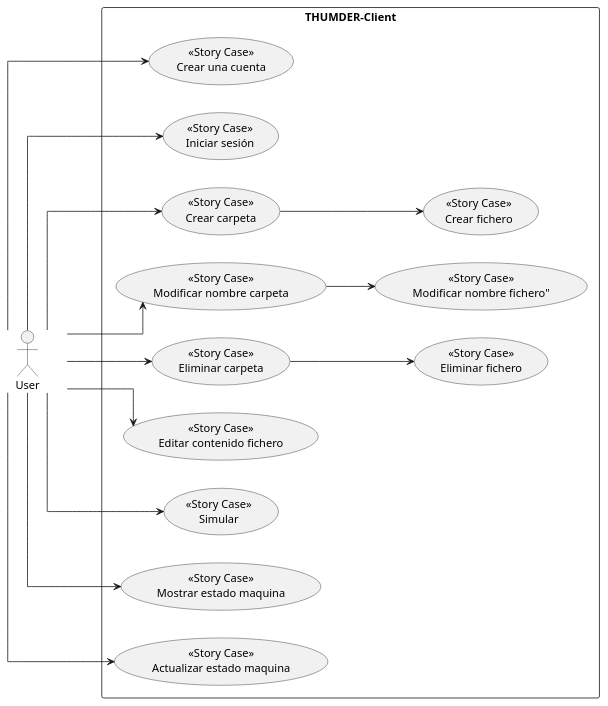
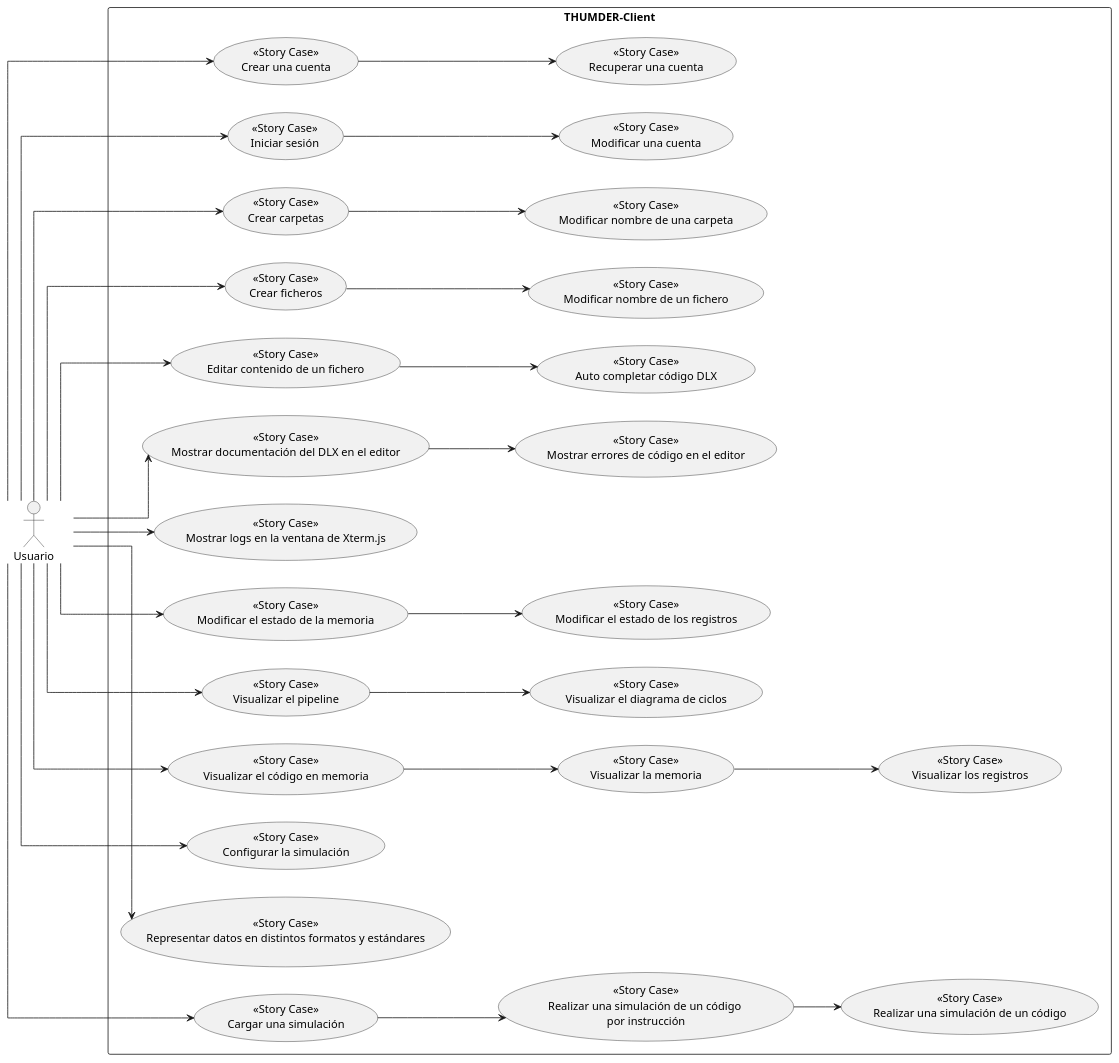
The diagram in UML/0.1.StoryCase.puml (nonodev96/THUMDER), drawn with PlantUML before and after one commit. The commit also changed 90 other files, not shown here.

```diff
--- a/UML/0.1.StoryCase.puml
+++ b/UML/0.1.StoryCase.puml
@@ -1,58 +1,105 @@
 @startuml
 'https://plantuml.com/es/use-case-diagram
 '!theme amiga from https://raw.githubusercontent.com/plantuml/plantuml/master/themes
 skinparam defaultFontName consolas
 skinparam minClassWidth 100
 skinparam conditionStyle inside
 skinparam defaultTextAlignment center
 skinparam linetype polyline
 skinparam linetype ortho
 
 left to right direction
 'https://www.freeprojectz.com/uml-diagram/chat-application-system-sequence-diagram
-actor "User" as user
+actor "Usuario" as user
+
 rectangle THUMDER-Client {
-  usecase "<<Story Case>>\nCrear una cuenta" as C_UC1
-  usecase "<<Story Case>>\nIniciar sesión" as C_UC2
-  usecase "<<Story Case>>\nCrear carpeta" as C_UC3.1a
-  usecase "<<Story Case>>\nCrear fichero" as C_UC3.2a
-  usecase "<<Story Case>>\nModificar nombre carpeta" as C_UC3.1b
-  usecase "<<Story Case>>\nModificar nombre fichero"" as C_UC3.2b
-  usecase "<<Story Case>>\nEliminar carpeta" as C_UC3.1c
-  usecase "<<Story Case>>\nEliminar fichero" as C_UC3.2c
-  usecase "<<Story Case>>\nEditar contenido fichero" as C_UC4
-  usecase "<<Story Case>>\nSimular" as C_UC5
-  usecase "<<Story Case>>\nMostrar estado maquina" as C_UC6
-  usecase "<<Story Case>>\nActualizar estado maquina" as C_UC7
-'  usecase "<<Story Case>>\nAlterar estado maquina" as C_UC9
-'  usecase "<<Story Case>>\nDebug" as C_UC_Debug
+  usecase "<<Story Case>>\nCrear una cuenta" as S_CU1
+  usecase "<<Story Case>>\nIniciar sesión" as S_CU2
+  usecase "<<Story Case>>\nRecuperar una cuenta" as S_CU3
+  usecase "<<Story Case>>\nModificar una cuenta" as S_CU4
+  usecase "<<Story Case>>\nCrear carpetas" as S_CU5
+  usecase "<<Story Case>>\nCrear ficheros" as S_CU6
+  usecase "<<Story Case>>\nModificar nombre de una carpeta" as S_CU7
+  usecase "<<Story Case>>\nModificar nombre de un fichero" as S_CU8
+  usecase "<<Story Case>>\nEditar contenido de un fichero" as S_CU9
+  usecase "<<Story Case>>\nAuto completar código DLX" as S_CU10
+  usecase "<<Story Case>>\nMostrar documentación del DLX en el editor" as S_CU11
+  usecase "<<Story Case>>\nMostrar errores de código en el editor" as S_CU12
+  usecase "<<Story Case>>\nMostrar logs en la ventana de Xterm.js" as S_CU13
+  usecase "<<Story Case>>\nModificar el estado de la memoria" as S_CU14
+  usecase "<<Story Case>>\nModificar el estado de los registros" as S_CU15
+  usecase "<<Story Case>>\nVisualizar el pipeline" as S_CU16
+  usecase "<<Story Case>>\nVisualizar el diagrama de ciclos" as S_CU17
+  usecase "<<Story Case>>\nVisualizar el código en memoria" as S_CU18
+  usecase "<<Story Case>>\nVisualizar la memoria" as S_CU19
+  usecase "<<Story Case>>\nVisualizar los registros" as S_CU20
+  usecase "<<Story Case>>\nConfigurar la simulación" as S_CU21
+  usecase "<<Story Case>>\nRepresentar datos en distintos formatos y estándares" as S_CU22
+  usecase "<<Story Case>>\nCargar una simulación" as S_CU23
+  usecase "<<Story Case>>\nRealizar una simulación de un código \npor instrucción" as S_CU24
+  usecase "<<Story Case>>\nRealizar una simulación de un código" as S_CU25
 }
 /'
+{cu-01}{Crear una cuenta}}{}
+{cu-02}{Iniciar una sesión}}{}
+{cu-03}{Recuperar una cuenta}}{}
+{cu-04}{Modificar una cuenta}}{}
+{cu-05}{Crear carpetas}}{}
+{cu-06}{Crear ficheros}}{}
+{cu-07}{Modificar nombre de una carpeta}}{}
+{cu-08}{Modificar nombre de una fichero}}{}
+{cu-09}{Editar contenido de un fichero}}{}
+{cu-10}{Auto completar código DLX}}{}
+{cu-11}{Mostrar documentación del DLX en el editor}}{}
+{cu-12}{Mostrar errores de código en el editor}}{}
+{cu-13}{Mostrar logs en la ventana de Xterm.js}}{}
+{cu-14}{Modificar el estado de la memoria}}{}
+{cu-15}{Modificar el estado de los registros}}{}
+{cu-16}{Visualizar el pipeline}}{}
+{cu-17}{Visualizar el diagrama de ciclos}}{}
+{cu-18}{Visualizar el código en memoria}}{}
+{cu-19}{Visualizar la memoria}}{}
+{cu-20}{Visualizar los registros}}{}
+{cu-21}{Configurar la simulación}}{}
+{cu-22}{Representar datos en distintos formatos y estándares}}{}
+{cu-23}{Cargar una simulación}}{}
+{cu-24}{Realizar una simulación de un código por instrucción}}{}
+{cu-25}{Realizar una simulación de un código}}{}
+
 rectangle THUMDER-Server {
   usecase "Recibir" as S_UC00
   usecase "Analizar" as S_UC01
   usecase "Simular" as S_UC02
   usecase "Responder" as S_UC03
 }
 '/
 
 'admin --> UC01
 'admin --> UC02
-user --> C_UC1
-user --> C_UC2
-
-user --> C_UC3.1a
-C_UC3.1a --> C_UC3.2a
-user --> C_UC3.1b
-C_UC3.1b --> C_UC3.2b
-user --> C_UC3.1c
-C_UC3.1c --> C_UC3.2c
-
-user --> C_UC4
-user --> C_UC5
-user --> C_UC6
-user --> C_UC7
-'user --> C_UC9
-'user --> C_UC10
+user --> S_CU1
+user --> S_CU2
+S_CU1 --> S_CU3
+S_CU2 --> S_CU4
+user --> S_CU5
+user --> S_CU6
+S_CU5 --> S_CU7
+S_CU6 --> S_CU8
+user --> S_CU9
+S_CU9 --> S_CU10
+user --> S_CU11
+S_CU11 --> S_CU12
+user --> S_CU13
+user --> S_CU14
+S_CU14 --> S_CU15
+user --> S_CU16
+S_CU16 --> S_CU17
+user --> S_CU18
+S_CU18 --> S_CU19
+S_CU19 --> S_CU20
+user --> S_CU21
+user --> S_CU22
+user --> S_CU23
+S_CU23 --> S_CU24
+S_CU24 --> S_CU25
 
 @enduml
```
